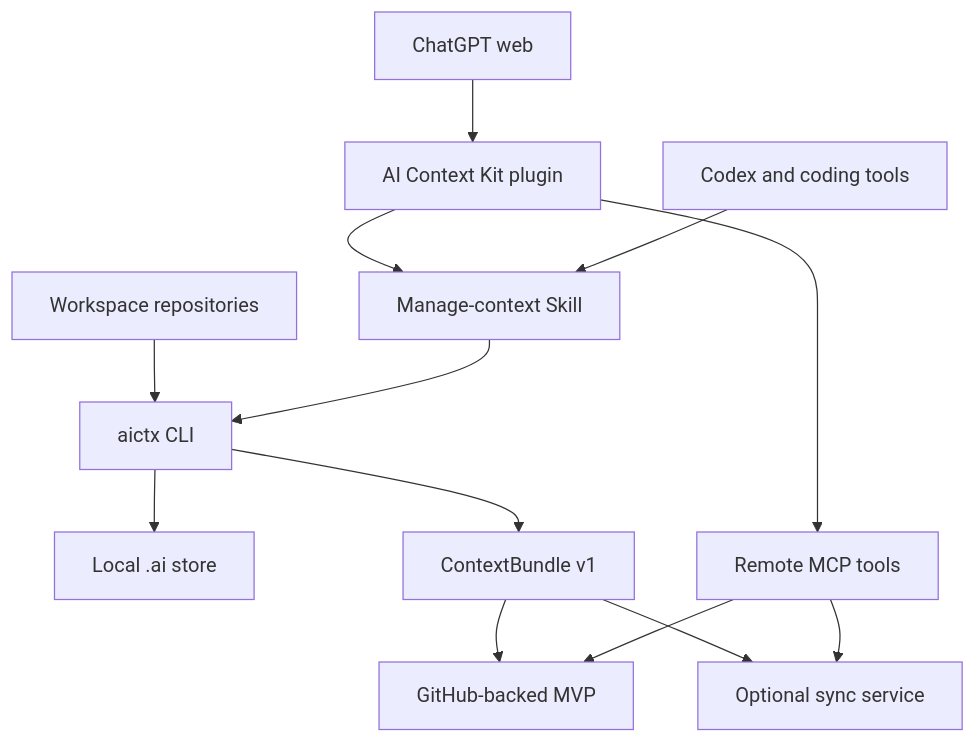
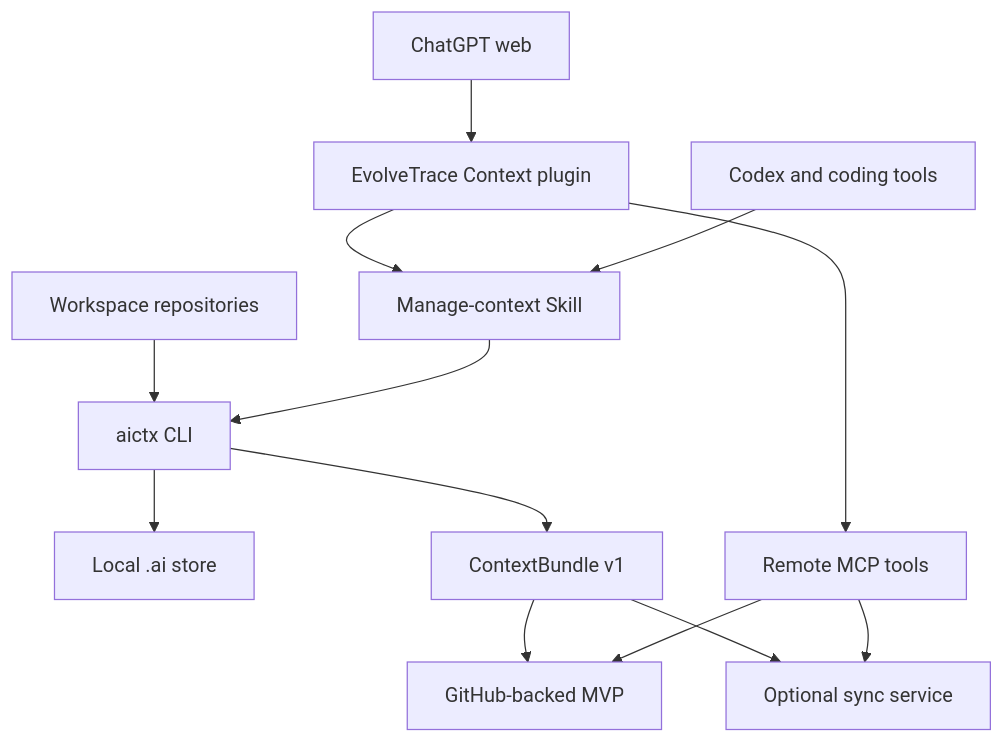
One commit to sorenjing/EvolveTrace changed the diagram in context/docs/plugin-architecture.md. Above: the diagram before and after it, drawn with Mermaid. The commit also changed other lines of this file and 25 other files, not shown here.

Commit message:
docs: unify EvolveTrace Context branding and plugin onboarding

````diff
--- a/context/docs/plugin-architecture.md
+++ b/context/docs/plugin-architecture.md
@@ -21,15 +21,15 @@
 ```mermaid
 flowchart TD
     W[Workspace repositories] --> C[aictx CLI]
     C --> L[Local .ai store]
     C --> B[ContextBundle v1]
     B --> G[GitHub-backed MVP]
     B --> S[Optional sync service]
-    P[AI Context Kit plugin] --> K[Manage-context Skill]
+    P[EvolveTrace Context plugin] --> K[Manage-context Skill]
     P --> M[Remote MCP tools]
     M --> G
     M --> S
     H[ChatGPT web] --> P
     X[Codex and coding tools] --> K
     K --> C
 ```
````
